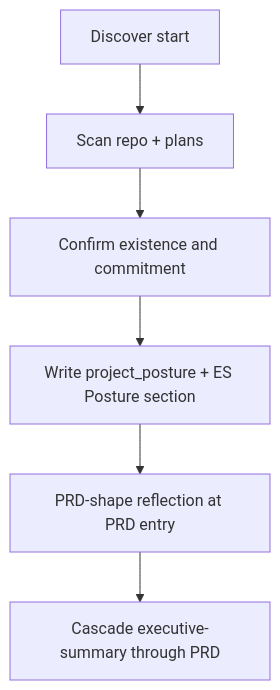
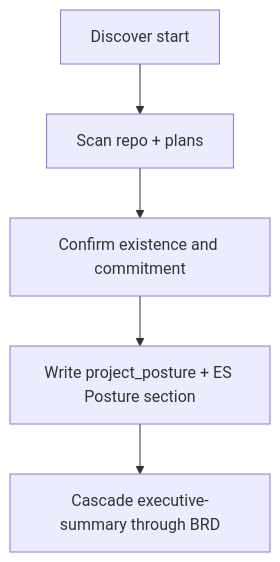
One commit to rr-agentic-kit/ai-plugins changed the diagram in plugins/rrraw/skills/rr-discovery/refs/project-posture.md. Above: the diagram before and after it, drawn with Mermaid. The commit also changed other lines of this file and 7 other files, not shown here.

````diff
--- a/plugins/rrraw/skills/rr-discovery/refs/project-posture.md
+++ b/plugins/rrraw/skills/rr-discovery/refs/project-posture.md
@@ -31,8 +31,7 @@
 ```mermaid
 flowchart TD
   start[Discover start] --> scan[Scan repo + plans]
   scan --> confirm[Confirm existence and commitment]
   confirm --> persist[Write project_posture + ES Posture section]
-  persist --> prdShape[PRD-shape reflection at PRD entry]
-  prdShape --> cascade[Cascade executive-summary through PRD]
+  persist --> cascade[Cascade executive-summary through BRD]
 ```
````
